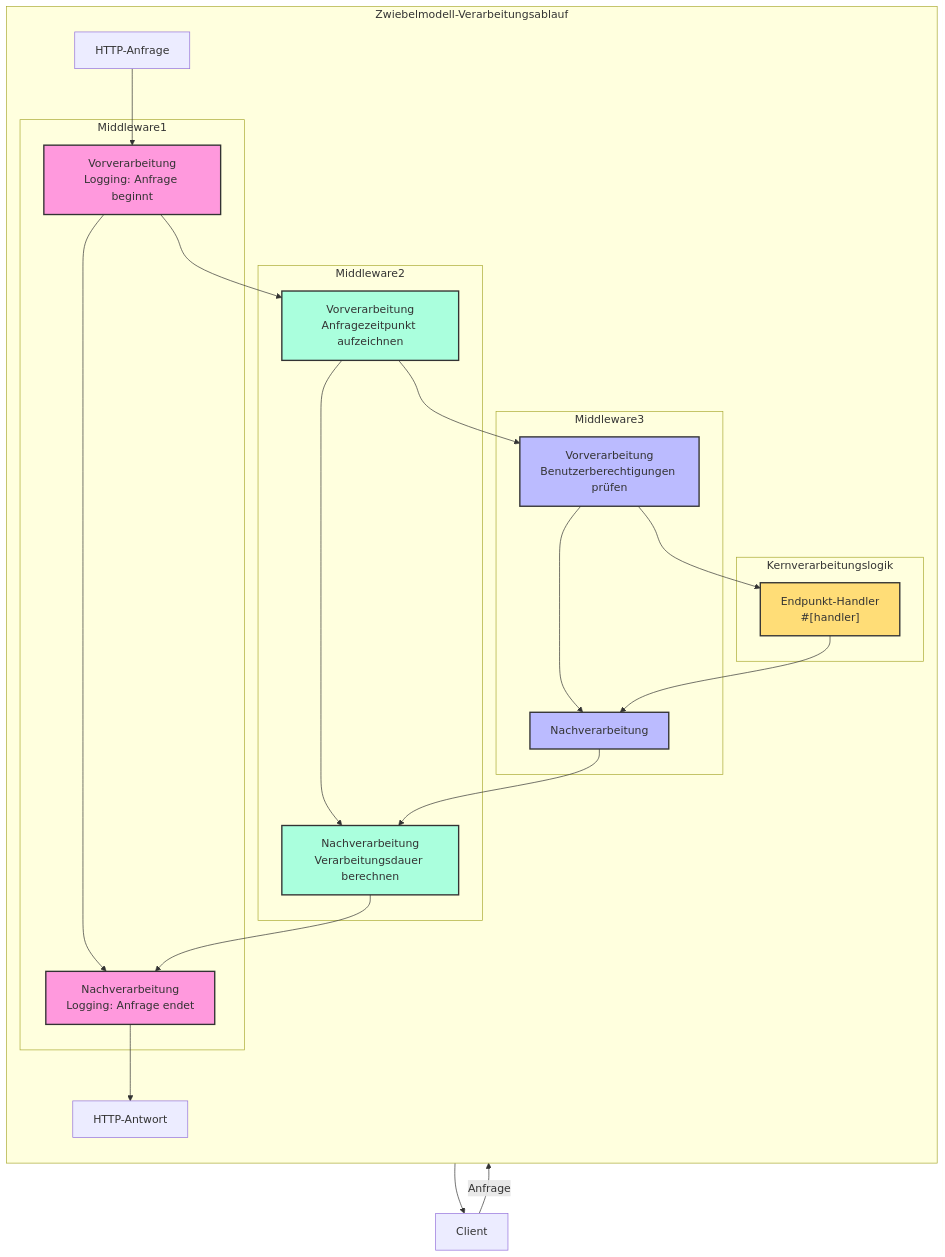
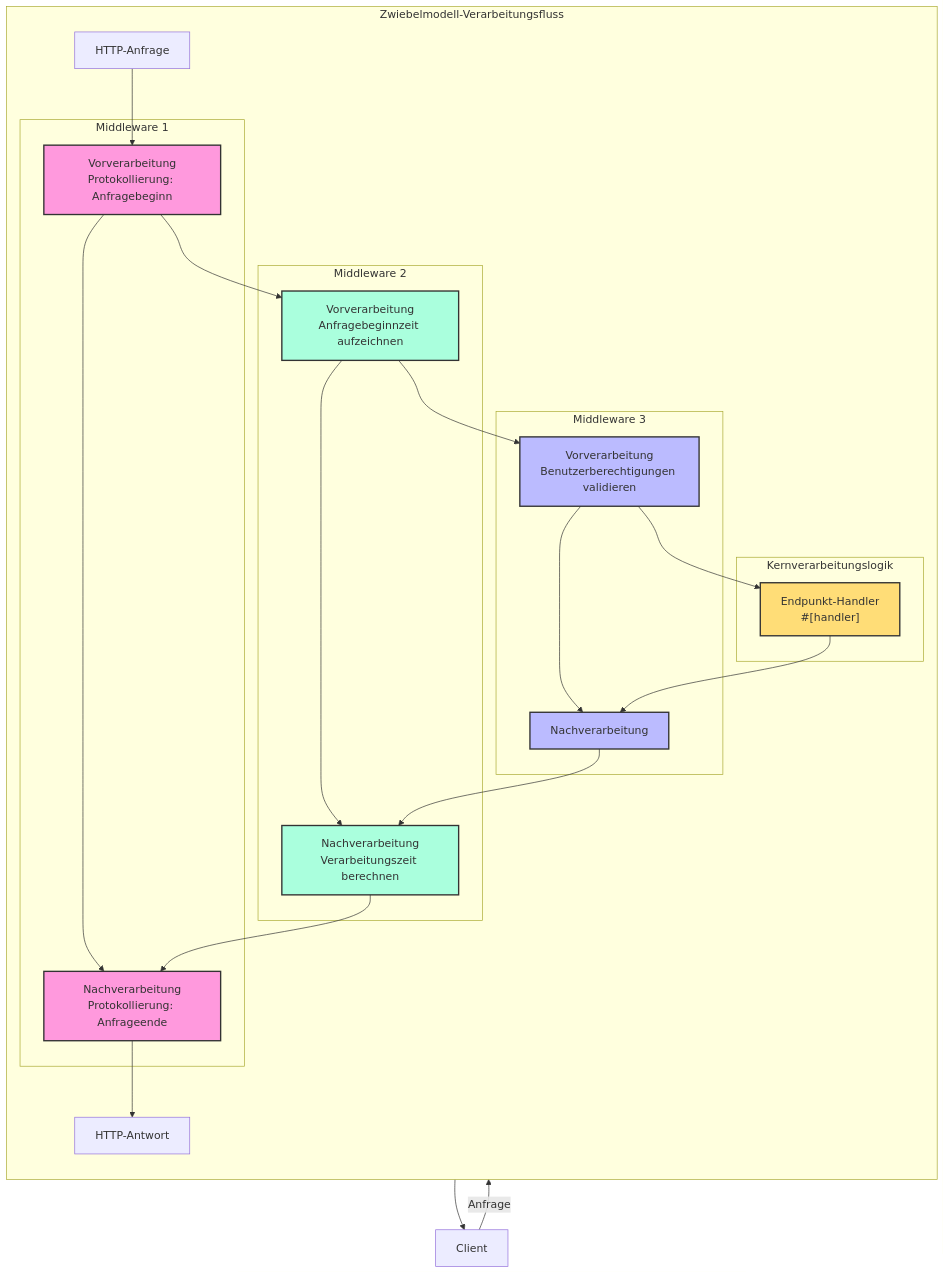
Before and after one commit to salvo-rs/website: the second of 2 diagrams in docs/de/guide/concepts/handler.mdx, drawn with Mermaid. The commit also changed other lines of this file and 326 other files, not shown here.

````diff
--- a/docs/de/guide/concepts/handler.mdx
+++ b/docs/de/guide/concepts/handler.mdx
@@ -60,45 +60,45 @@
 ```mermaid
 flowchart TB
     Client[Client] -->|Anfrage| Request[HTTP-Anfrage]
 
-    subgraph "Zwiebelmodell-Verarbeitungsablauf"
+    subgraph "Zwiebelmodell-Verarbeitungsfluss"
         direction TB
 
-        subgraph M1["Middleware1"]
-            M1A["Vorverarbeitung<br>Logging: Anfrage beginnt"] --> M1B["Nachverarbeitung<br>Logging: Anfrage endet"]
+        subgraph M1["Middleware 1"]
+            M1A["Vorverarbeitung<br>Protokollierung: Anfragebeginn"] --> M1B["Nachverarbeitung<br>Protokollierung: Anfrageende"]
         end
 
-        subgraph M2["Middleware2"]
-            M2A["Vorverarbeitung<br>Anfragezeitpunkt aufzeichnen"] --> M2B["Nachverarbeitung<br>Verarbeitungsdauer berechnen"]
+        subgraph M2["Middleware 2"]
+            M2A["Vorverarbeitung<br>Anfragebeginnzeit aufzeichnen"] --> M2B["Nachverarbeitung<br>Verarbeitungszeit berechnen"]
         end
 
-        subgraph M3["Middleware3"]
-            M3A["Vorverarbeitung<br>Benutzerberechtigungen prüfen"] --> M3B["Nachverarbeitung<br>"]
+        subgraph M3["Middleware 3"]
+            M3A["Vorverarbeitung<br>Benutzerberechtigungen validieren"] --> M3B["Nachverarbeitung<br>"]
         end
 
         subgraph Core["Kernverarbeitungslogik"]
             Handler["Endpunkt-Handler<br>#[handler]"]
         end
 
         Request --> M1A
         M1A --> M2A
         M2A --> M3A
         M3A --> Handler
         Handler --> M3B
         M3B --> M2B
         M2B --> M1B
         M1B --> Response
     end
 
     Response[HTTP-Antwort] --> Client
 
     classDef middleware1 fill:#f9d,stroke:#333,stroke-width:2px;
     classDef middleware2 fill:#afd,stroke:#333,stroke-width:2px;
     classDef middleware3 fill:#bbf,stroke:#333,stroke-width:2px;
     classDef core fill:#fd7,stroke:#333,stroke-width:2px;
 
     class M1A,M1B middleware1;
     class M2A,M2B middleware2;
     class M3A,M3B middleware3;
     class Handler core;
 ```
````
